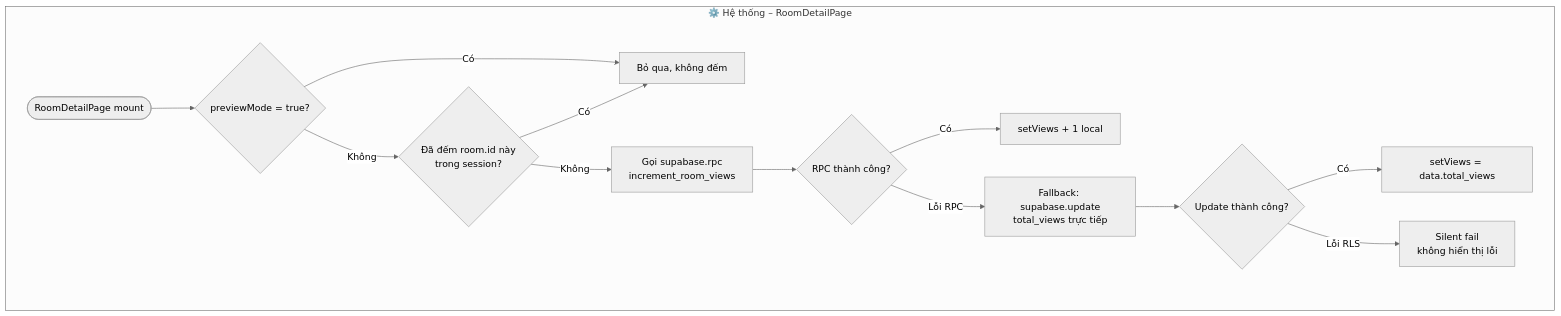
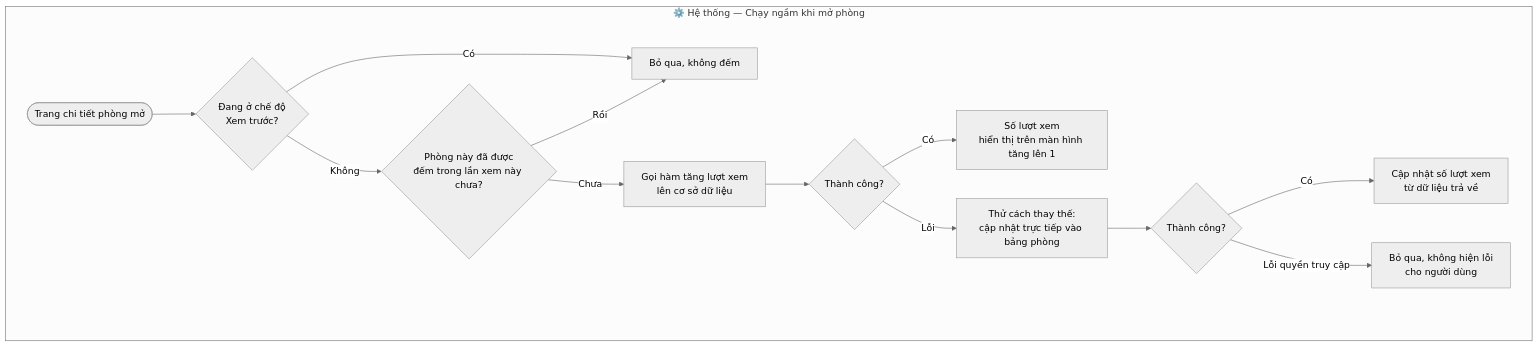
Before and after one commit to natelyt12/trotot: the second of 7 diagrams in prj_workflows/03_room_detail_workflow.md, drawn with Mermaid (neutral theme). The commit also changed other lines of this file and 5 other files, not shown here.

````diff
--- a/prj_workflows/03_room_detail_workflow.md
+++ b/prj_workflows/03_room_detail_workflow.md
@@ -36,16 +36,16 @@
 ```mermaid
 flowchart TD
-    subgraph SYSTEM["⚙️ Hệ thống – RoomDetailPage"]
-        A([RoomDetailPage mount]) --> B{previewMode = true?}
+    subgraph SYSTEM["⚙️ Hệ thống — Chạy ngầm khi mở phòng"]
+        A([Trang chi tiết phòng mở]) --> B{Đang ở chế độ\nXem trước?}
         B -- Có --> C[Bỏ qua, không đếm]
-        B -- Không --> D{Đã đếm room.id này\ntrong session?}
-        D -- Có --> C
-        D -- Không --> E[Gọi supabase.rpc\nincrement_room_views]
-        E --> F{RPC thành công?}
-        F -- Có --> G[setViews + 1 local]
-        F -- Lỗi RPC --> H[Fallback: supabase.update\ntotal_views trực tiếp]
-        H --> I{Update thành công?}
-        I -- Có --> J[setViews = data.total_views]
-        I -- Lỗi RLS --> K[Silent fail\nkhông hiển thị lỗi]
+        B -- Không --> D{Phòng này đã được\nđếm trong lần xem này chưa?}
+        D -- Rồi --> C
+        D -- Chưa --> E[Gọi hàm tăng lượt xem\nlên cơ sở dữ liệu]
+        E --> F{Thành công?}
+        F -- Có --> G[Số lượt xem\nhiển thị trên màn hình tăng lên 1]
+        F -- Lỗi --> H[Thử cách thay thế:\ncập nhật trực tiếp vào bảng phòng]
+        H --> I{Thành công?}
+        I -- Có --> J[Cập nhật số lượt xem\ntừ dữ liệu trả về]
+        I -- Lỗi quyền truy cập --> K[Bỏ qua, không hiện lỗi\ncho người dùng]
     end
 ```
````
